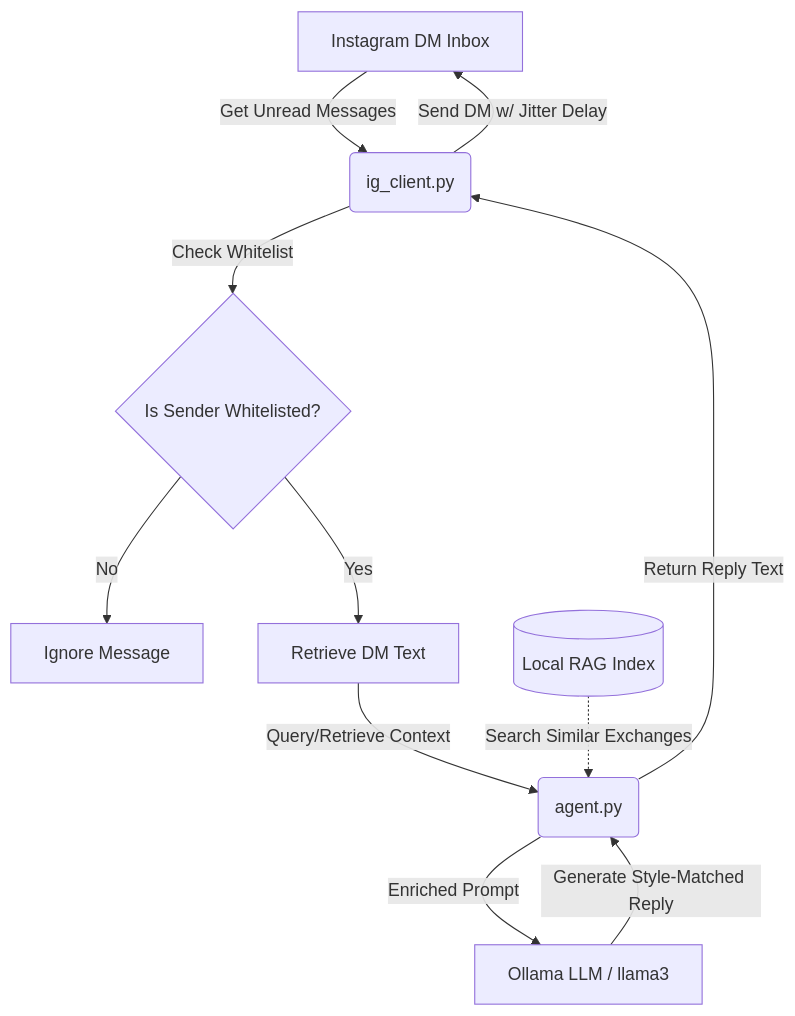
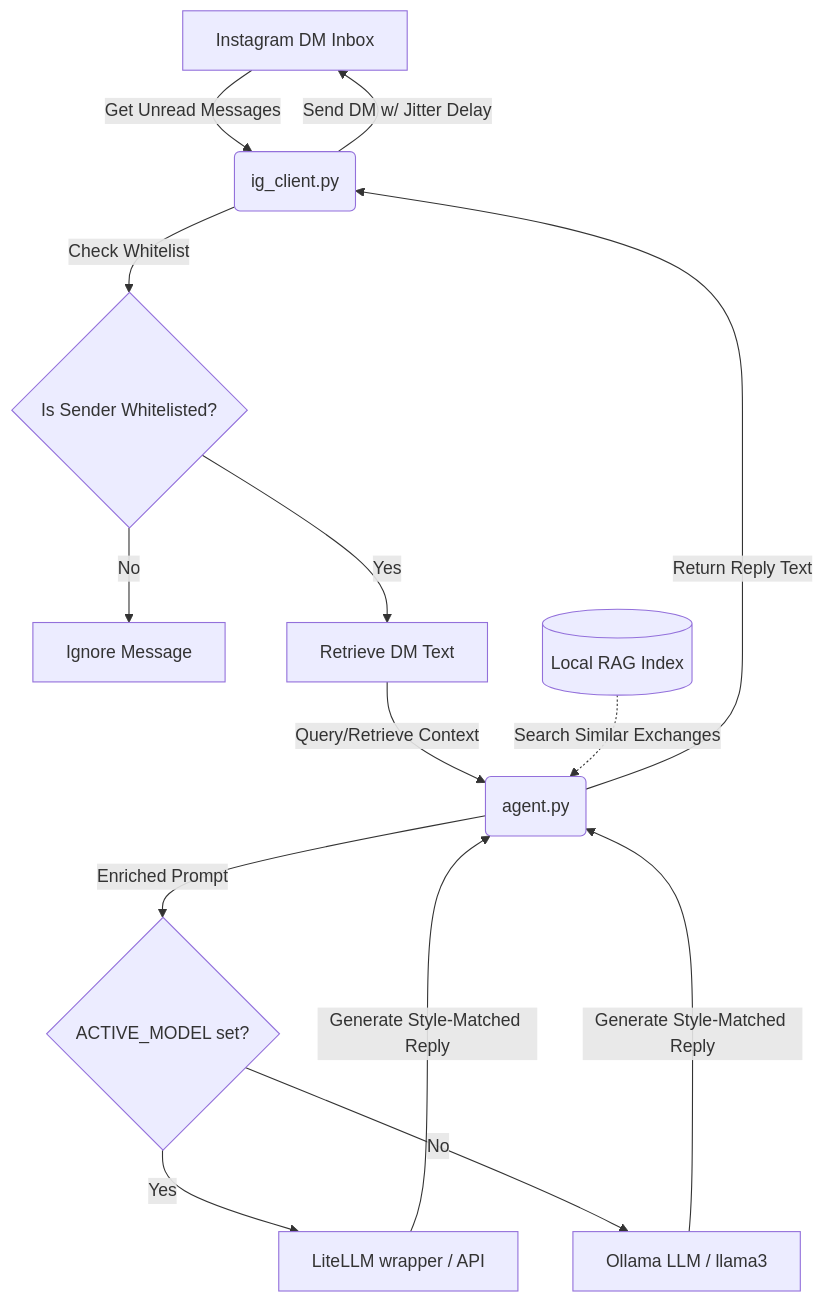
The diagram in README.md (WillyOwl/instagram-agent), drawn with Mermaid before and after one commit. The commit also changed other lines of this file, not shown here.

````diff
--- a/README.md
+++ b/README.md
@@ -9,13 +9,16 @@
 ```mermaid
 graph TD
     A[Instagram DM Inbox] -->|Get Unread Messages| B(ig_client.py)
     B -->|Check Whitelist| C{Is Sender Whitelisted?}
     C -->|No| D[Ignore Message]
     C -->|Yes| E[Retrieve DM Text]
     E -->|Query/Retrieve Context| F(agent.py)
     G[(Local RAG Index)] -.->|Search Similar Exchanges| F
-    F -->|Enriched Prompt| H[Ollama LLM / llama3]
-    H -->|Generate Style-Matched Reply| F
+    F -->|Enriched Prompt| F_dispatch{ACTIVE_MODEL set?}
+    F_dispatch -->|Yes| H_configurable[LiteLLM wrapper / API]
+    F_dispatch -->|No| H_fixed[Ollama LLM / llama3]
+    H_configurable -->|Generate Style-Matched Reply| F
+    H_fixed -->|Generate Style-Matched Reply| F
     F -->|Return Reply Text| B
     B -->|Send DM w/ Jitter Delay| A
 ```
````
